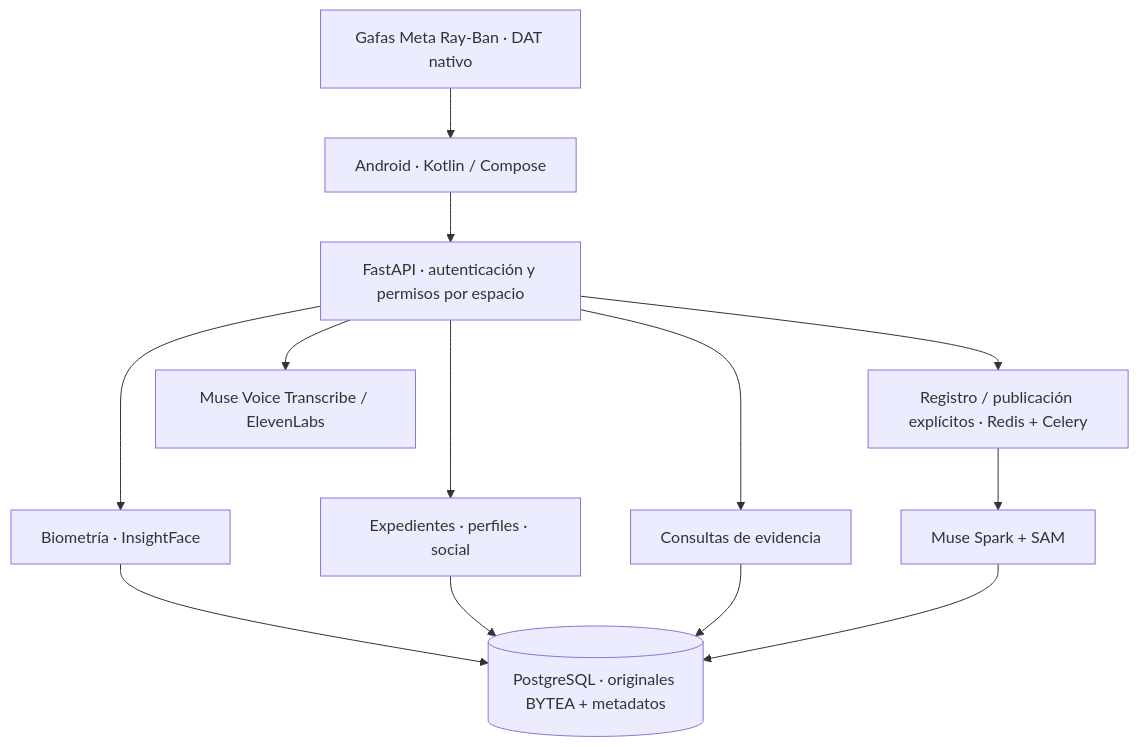
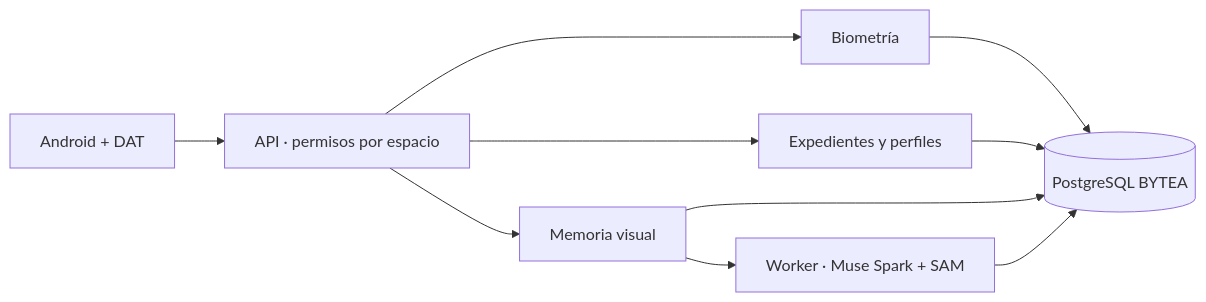
Before and after one commit to Luxisoft/realityos-spatial-memory: the diagram in README.es.md, drawn with Mermaid. The commit also changed other lines of this file and 16 other files, not shown here.

````diff
--- a/README.es.md
+++ b/README.es.md
@@ -64,15 +69,12 @@
 ```mermaid
-flowchart TB
-    A[Android · Kotlin / Compose] --> API[FastAPI · autenticación y permisos por espacio]
-    G[Gafas Meta Ray-Ban · DAT nativo] --> A
-    API --> F[Biometría · InsightFace]
-    API --> R[Expedientes · perfiles · social]
-    API --> Q[Consultas de evidencia]
-    F --> DB[(PostgreSQL · originales BYTEA + metadatos)]
-    R --> DB
-    Q --> DB
-    API --> W[Registro / publicación explícitos · Redis + Celery]
-    W --> M[Muse Spark + SAM]
-    M --> DB
-    API --> V[Muse Voice Transcribe / ElevenLabs]
+flowchart LR
+    A[Android + DAT] --> B[API · permisos por espacio]
+    B --> C[Biometría]
+    B --> D[Expedientes y perfiles]
+    B --> E[Memoria visual]
+    C --> F[(PostgreSQL BYTEA)]
+    D --> F
+    E --> F
+    E --> G[Worker · Muse Spark + SAM]
+    G --> F
 ```
````
